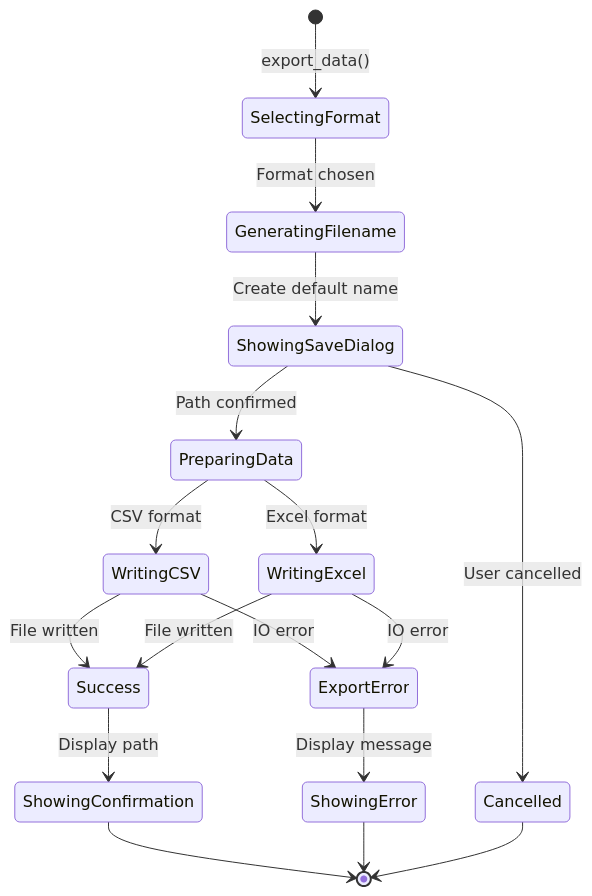
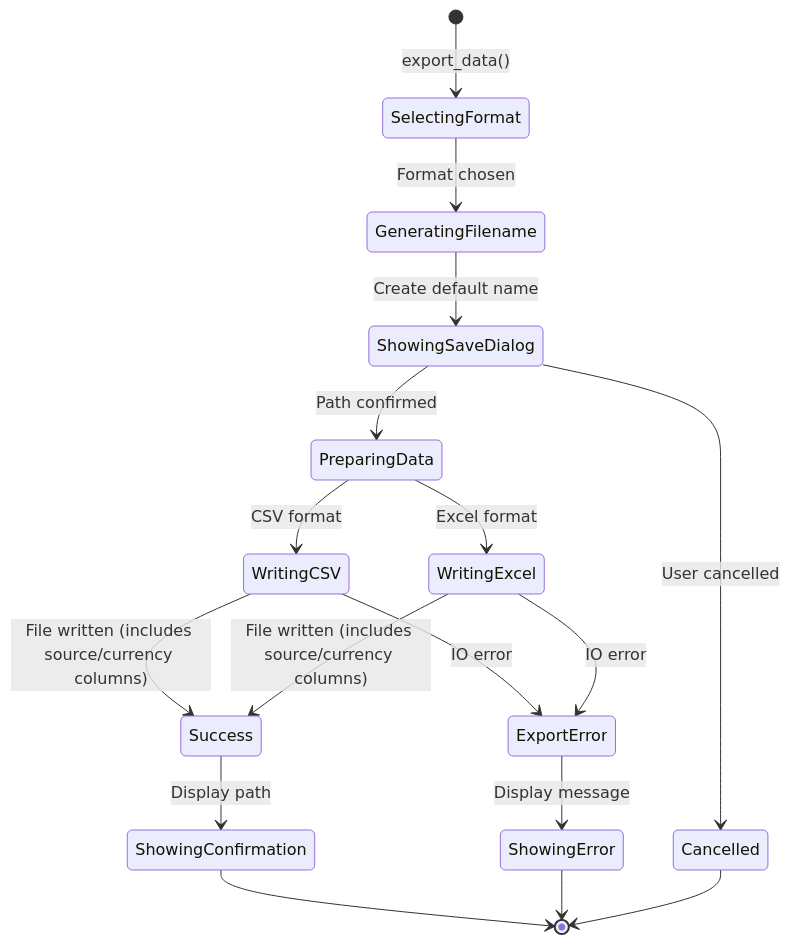
One commit to Frostbite1536/Prediction_Analyzer changed the tenth of 13 diagrams in docs/STATE_MACHINE_DIAGRAMS.md. Above: the diagram before and after it, drawn with Mermaid. The commit also changed other lines of this file and 6 other files, not shown here.

````diff
--- a/docs/STATE_MACHINE_DIAGRAMS.md
+++ b/docs/STATE_MACHINE_DIAGRAMS.md
@@ -426,27 +495,27 @@
 ```mermaid
 stateDiagram-v2
     [*] --> SelectingFormat: export_data()
 
     SelectingFormat --> GeneratingFilename: Format chosen
 
     GeneratingFilename --> ShowingSaveDialog: Create default name
 
     ShowingSaveDialog --> PreparingData: Path confirmed
     ShowingSaveDialog --> Cancelled: User cancelled
 
     PreparingData --> WritingCSV: CSV format
     PreparingData --> WritingExcel: Excel format
 
-    WritingCSV --> Success: File written
+    WritingCSV --> Success: File written (includes source/currency columns)
     WritingCSV --> ExportError: IO error
 
-    WritingExcel --> Success: File written
+    WritingExcel --> Success: File written (includes source/currency columns)
     WritingExcel --> ExportError: IO error
 
     Success --> ShowingConfirmation: Display path
     ExportError --> ShowingError: Display message
 
     ShowingConfirmation --> [*]
     ShowingError --> [*]
     Cancelled --> [*]
 ```
````
